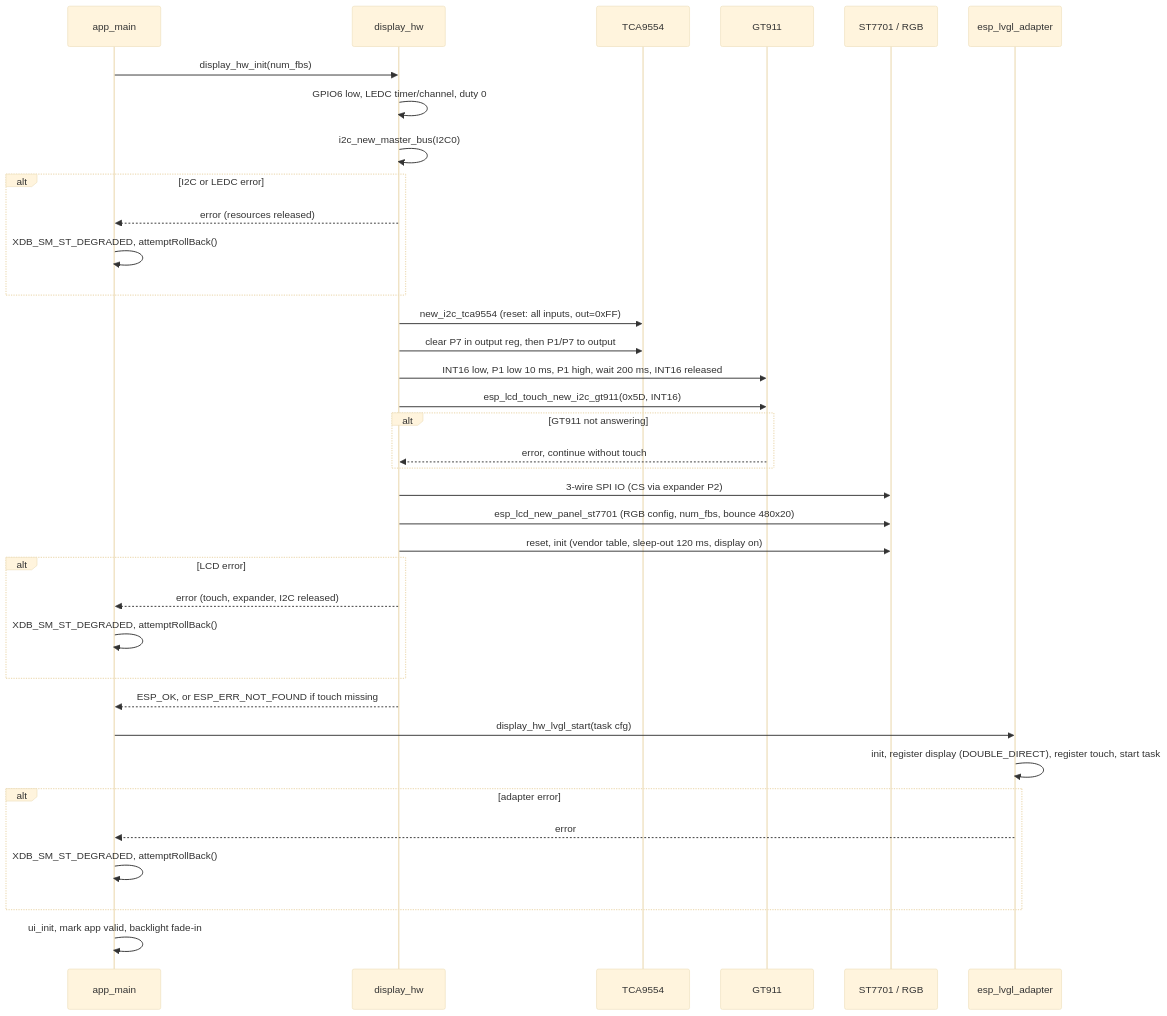
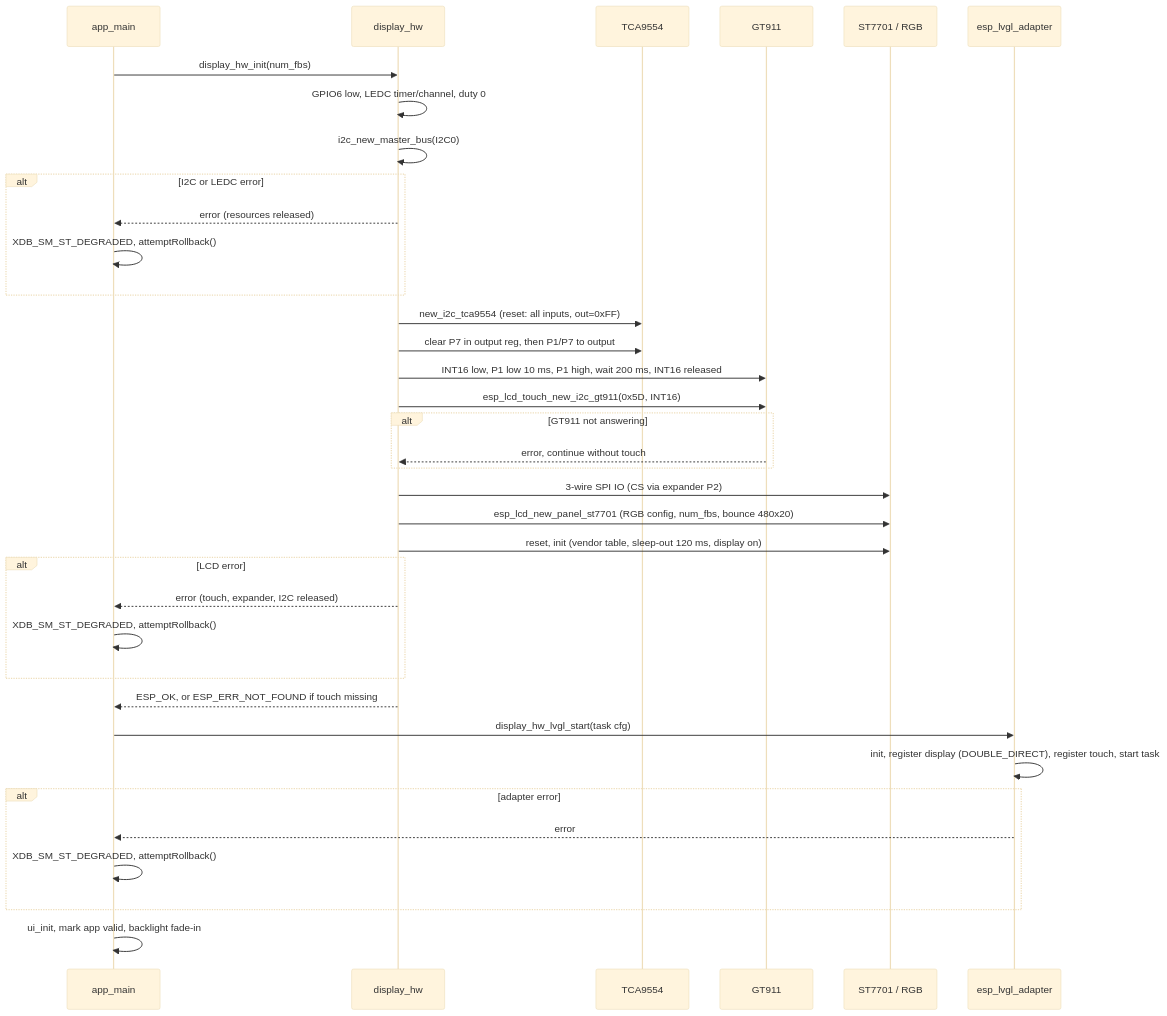
The second of 2 diagrams in common/display_hw/TOO.MD (martinroger/vx-binocle-espidf), drawn with Mermaid (base theme) before and after one commit. The commit also changed 26 other files, not shown here.

````diff
--- a/common/display_hw/TOO.MD
+++ b/common/display_hw/TOO.MD
@@ -26,39 +26,39 @@
 ```mermaid
 sequenceDiagram
     participant APP as app_main
     participant HW as display_hw
     participant EXP as TCA9554
     participant TP as GT911
     participant LCD as ST7701 / RGB
     participant ADP as esp_lvgl_adapter
 
     APP->>HW: display_hw_init(num_fbs)
     HW->>HW: GPIO6 low, LEDC timer/channel, duty 0
     HW->>HW: i2c_new_master_bus(I2C0)
     alt I2C or LEDC error
         HW-->>APP: error (resources released)
-        APP->>APP: XDB_SM_ST_DEGRADED, attemptRollBack()
+        APP->>APP: XDB_SM_ST_DEGRADED, attemptRollback()
     end
     HW->>EXP: new_i2c_tca9554 (reset: all inputs, out=0xFF)
     HW->>EXP: clear P7 in output reg, then P1/P7 to output
     HW->>TP: INT16 low, P1 low 10 ms, P1 high, wait 200 ms, INT16 released
     HW->>TP: esp_lcd_touch_new_i2c_gt911(0x5D, INT16)
     alt GT911 not answering
         TP-->>HW: error, continue without touch
     end
     HW->>LCD: 3-wire SPI IO (CS via expander P2)
     HW->>LCD: esp_lcd_new_panel_st7701 (RGB config, num_fbs, bounce 480x20)
     HW->>LCD: reset, init (vendor table, sleep-out 120 ms, display on)
     alt LCD error
         HW-->>APP: error (touch, expander, I2C released)
-        APP->>APP: XDB_SM_ST_DEGRADED, attemptRollBack()
+        APP->>APP: XDB_SM_ST_DEGRADED, attemptRollback()
     end
     HW-->>APP: ESP_OK, or ESP_ERR_NOT_FOUND if touch missing
     APP->>ADP: display_hw_lvgl_start(task cfg)
     ADP->>ADP: init, register display (DOUBLE_DIRECT), register touch, start task
     alt adapter error
         ADP-->>APP: error
-        APP->>APP: XDB_SM_ST_DEGRADED, attemptRollBack()
+        APP->>APP: XDB_SM_ST_DEGRADED, attemptRollback()
     end
     APP->>APP: ui_init, mark app valid, backlight fade-in
 ```
````
